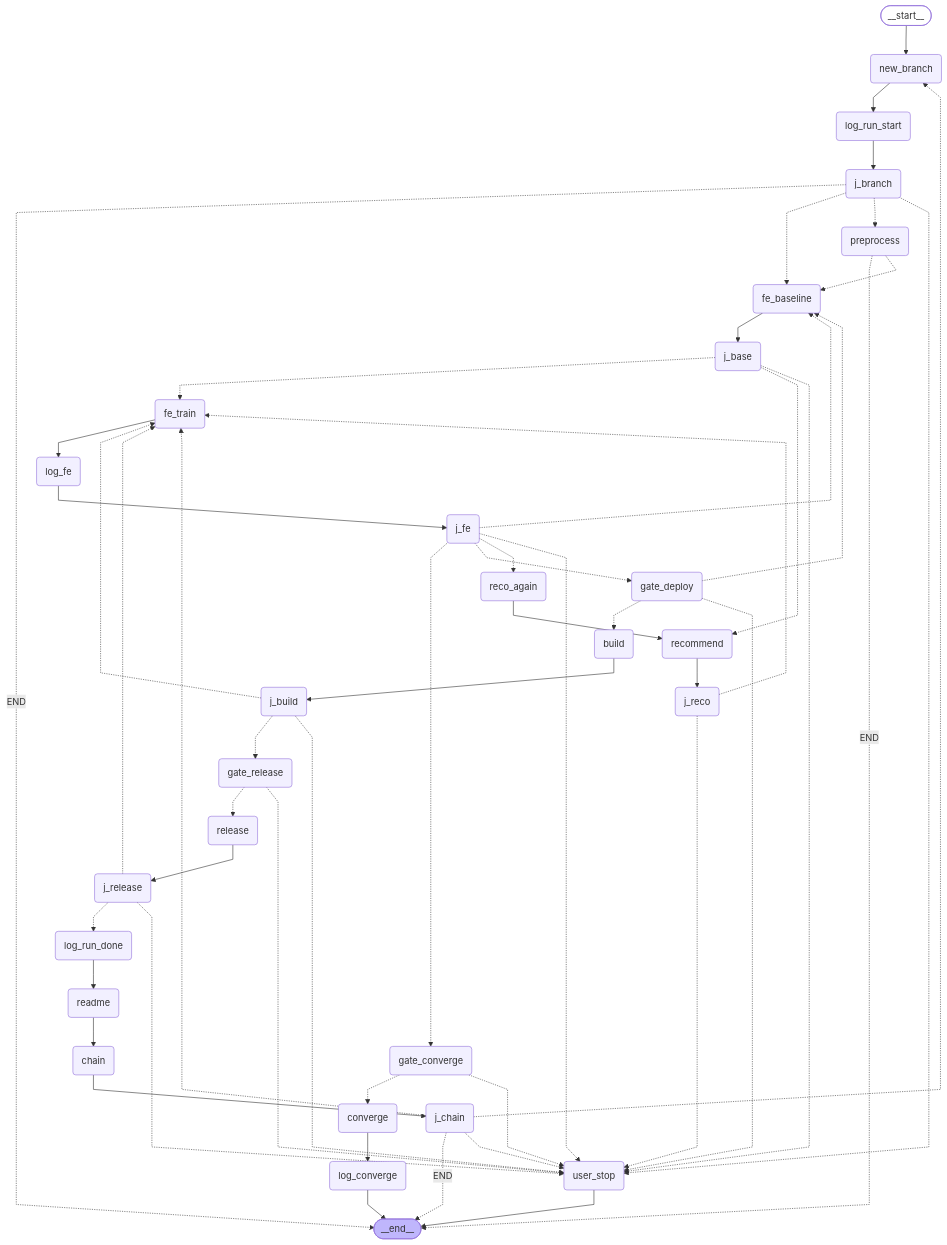
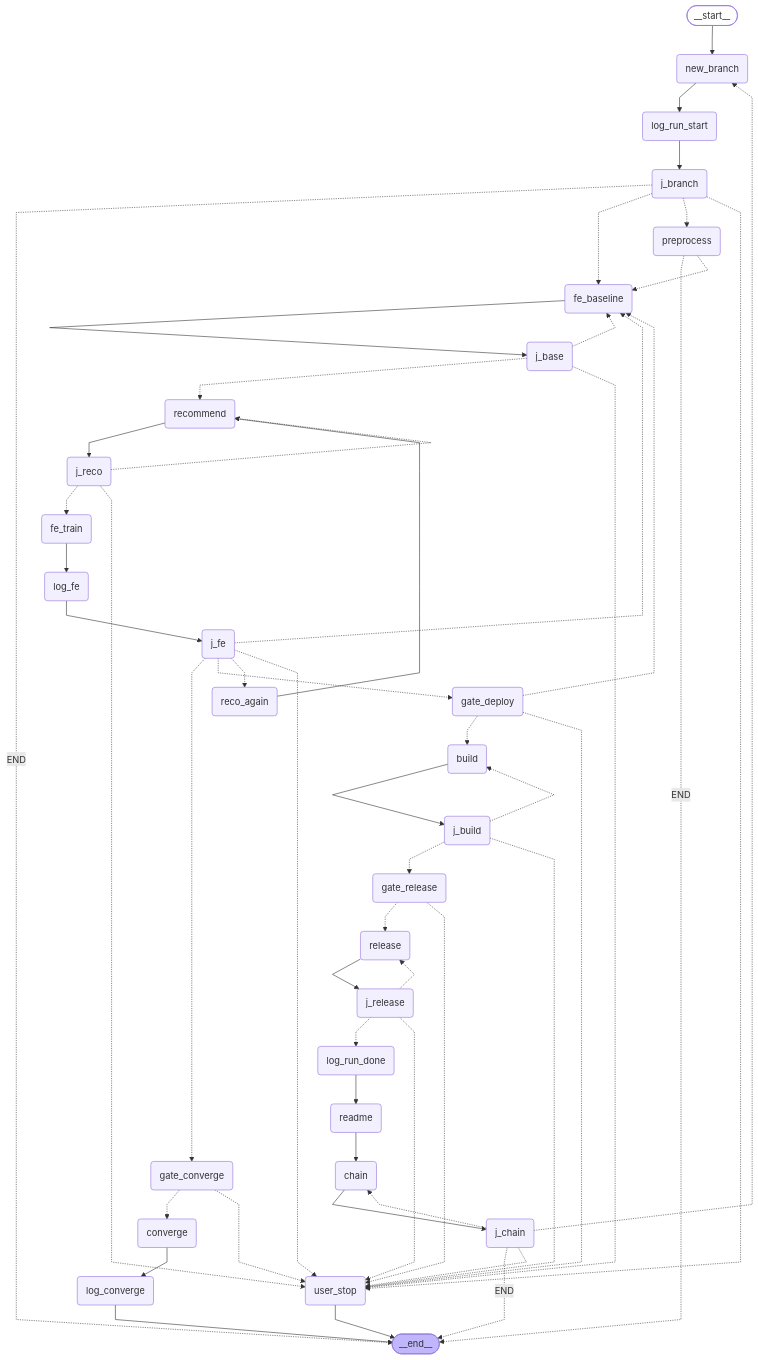
The second of 2 diagrams in ml/PIPELINE.md (JB-Pirate-King/JB-Pirate-King), drawn with Mermaid before and after one commit. The commit also changed other lines of this file and 2 other files, not shown here.

First line of the commit message:
fix(orchestrator): judge retry re-runs its own node (was always fe_train)

```diff
--- a/ml/PIPELINE.md
+++ b/ml/PIPELINE.md
@@ -223,18 +224,18 @@
 	gate_deploy -.-> user_stop;
 	gate_release -.-> release;
 	gate_release -.-> user_stop;
-	j_base -.-> fe_train;
+	j_base -.-> fe_baseline;
 	j_base -.-> recommend;
 	j_base -.-> user_stop;
 	j_branch -.  END  .-> __end__;
 	j_branch -.-> fe_baseline;
 	j_branch -.-> preprocess;
 	j_branch -.-> user_stop;
-	j_build -.-> fe_train;
+	j_build -.-> build;
 	j_build -.-> gate_release;
 	j_build -.-> user_stop;
 	j_chain -.  END  .-> __end__;
-	j_chain -.-> fe_train;
+	j_chain -.-> chain;
 	j_chain -.-> new_branch;
 	j_chain -.-> user_stop;
 	j_fe -.-> fe_baseline;
@@ -243,9 +244,10 @@
 	j_fe -.-> reco_again;
 	j_fe -.-> user_stop;
 	j_reco -.-> fe_train;
+	j_reco -.-> recommend;
 	j_reco -.-> user_stop;
-	j_release -.-> fe_train;
 	j_release -.-> log_run_done;
+	j_release -.-> release;
 	j_release -.-> user_stop;
 	log_fe --> j_fe;
 	log_run_done --> readme;
```
